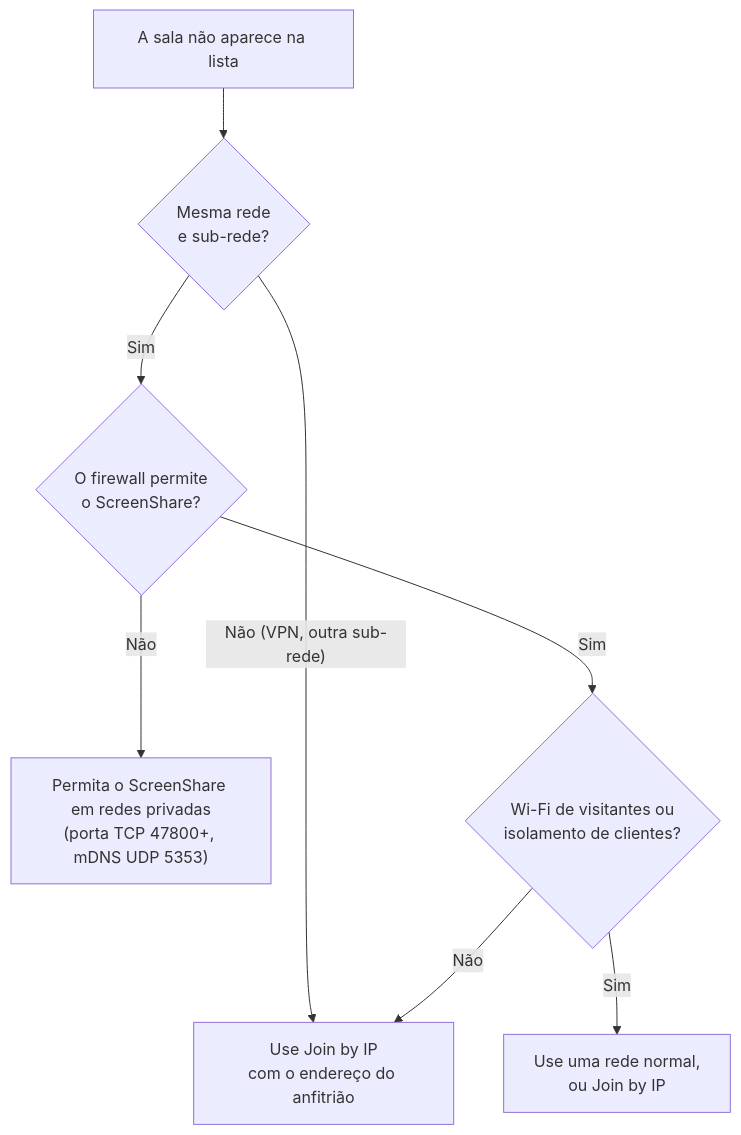
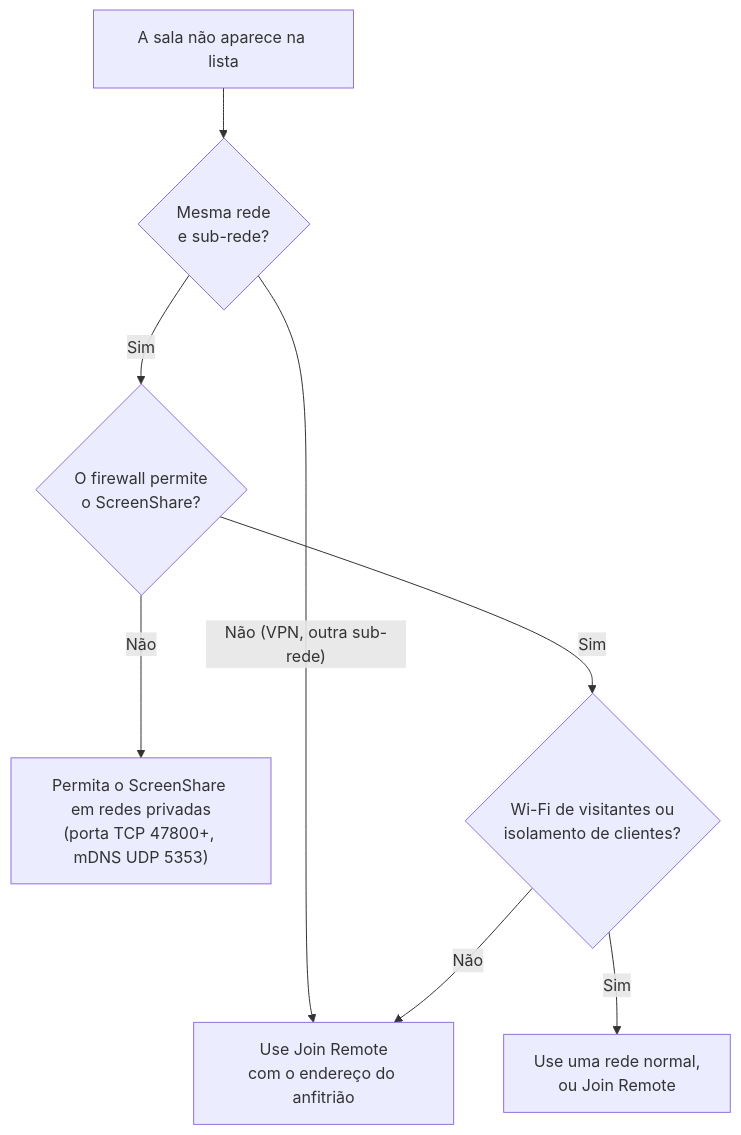
The diagram in docs/pt-BR/troubleshooting.md (nsfxu/lan-screenshare), drawn with Mermaid before and after one commit. The commit also changed other lines of this file and 44 other files, not shown here.

````diff
--- a/docs/pt-BR/troubleshooting.md
+++ b/docs/pt-BR/troubleshooting.md
@@ -22,10 +22,10 @@
 ```mermaid
 flowchart TD
   A["A sala não aparece na lista"] --> B{"Mesma rede<br/>e sub-rede?"}
-  B -->|"Não (VPN, outra sub-rede)"| C["Use Join by IP<br/>com o endereço do anfitrião"]
+  B -->|"Não (VPN, outra sub-rede)"| C["Use Join Remote<br/>com o endereço do anfitrião"]
   B -->|Sim| D{"O firewall permite<br/>o ScreenShare?"}
   D -->|Não| E["Permita o ScreenShare em redes privadas<br/>(porta TCP 47800+, mDNS UDP 5353)"]
   D -->|Sim| F{"Wi-Fi de visitantes ou<br/>isolamento de clientes?"}
-  F -->|Sim| G["Use uma rede normal,<br/>ou Join by IP"]
+  F -->|Sim| G["Use uma rede normal,<br/>ou Join Remote"]
   F -->|Não| C
 ```
````
